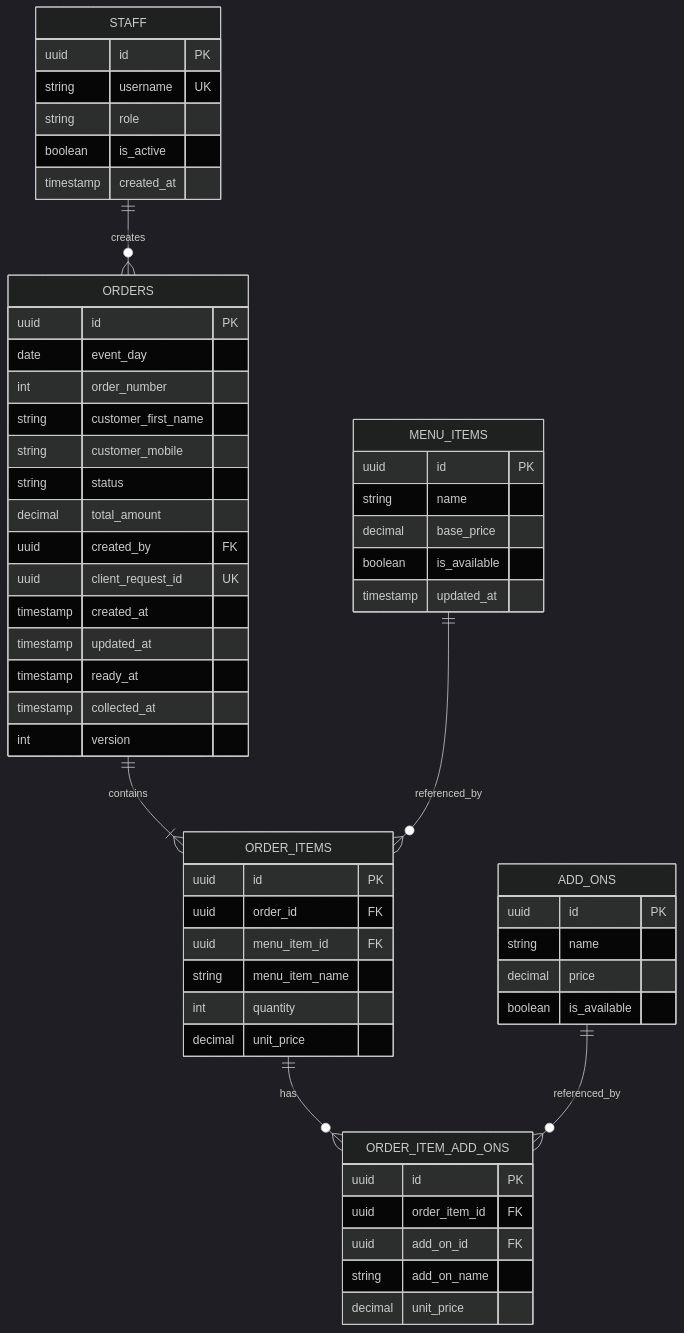
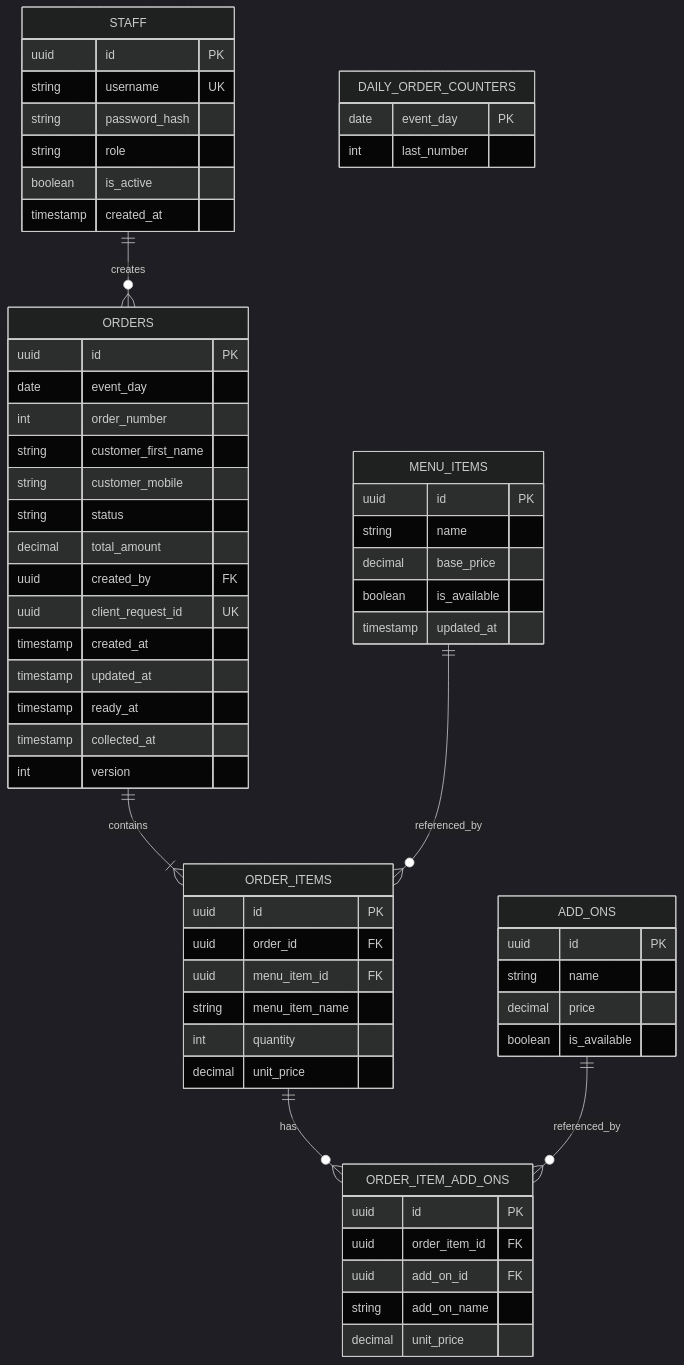
One commit to bnb-qms/beans-beats-qms changed the diagram in docs/architecture.md. Above: the diagram before and after it, drawn with Mermaid (dark theme). The commit also changed other lines of this file and 4 other files, not shown here.

````diff
--- a/docs/architecture.md
+++ b/docs/architecture.md
@@ -3,65 +3,71 @@
 ```mermaid
 erDiagram
     STAFF {
         uuid id PK
         string username UK
+        string password_hash
         string role
         boolean is_active
         timestamp created_at
     }
 
     MENU_ITEMS {
         uuid id PK
         string name
         decimal base_price
         boolean is_available
         timestamp updated_at
     }
 
     ADD_ONS {
         uuid id PK
         string name
         decimal price
         boolean is_available
+    }
+
+    DAILY_ORDER_COUNTERS {
+        date event_day PK
+        int last_number
     }
 
     ORDERS {
         uuid id PK
         date event_day
         int order_number
         string customer_first_name
         string customer_mobile
         string status
         decimal total_amount
         uuid created_by FK
         uuid client_request_id UK
         timestamp created_at
         timestamp updated_at
         timestamp ready_at
         timestamp collected_at
         int version
     }
 
     ORDER_ITEMS {
         uuid id PK
         uuid order_id FK
         uuid menu_item_id FK
         string menu_item_name
         int quantity
         decimal unit_price
     }
 
     ORDER_ITEM_ADD_ONS {
         uuid id PK
         uuid order_item_id FK
         uuid add_on_id FK
         string add_on_name
         decimal unit_price
     }
 
     STAFF ||--o{ ORDERS : creates
     ORDERS ||--|{ ORDER_ITEMS : contains
     MENU_ITEMS ||--o{ ORDER_ITEMS : referenced_by
     ORDER_ITEMS ||--o{ ORDER_ITEM_ADD_ONS : has
     ADD_ONS ||--o{ ORDER_ITEM_ADD_ONS : referenced_by
 ```
````
